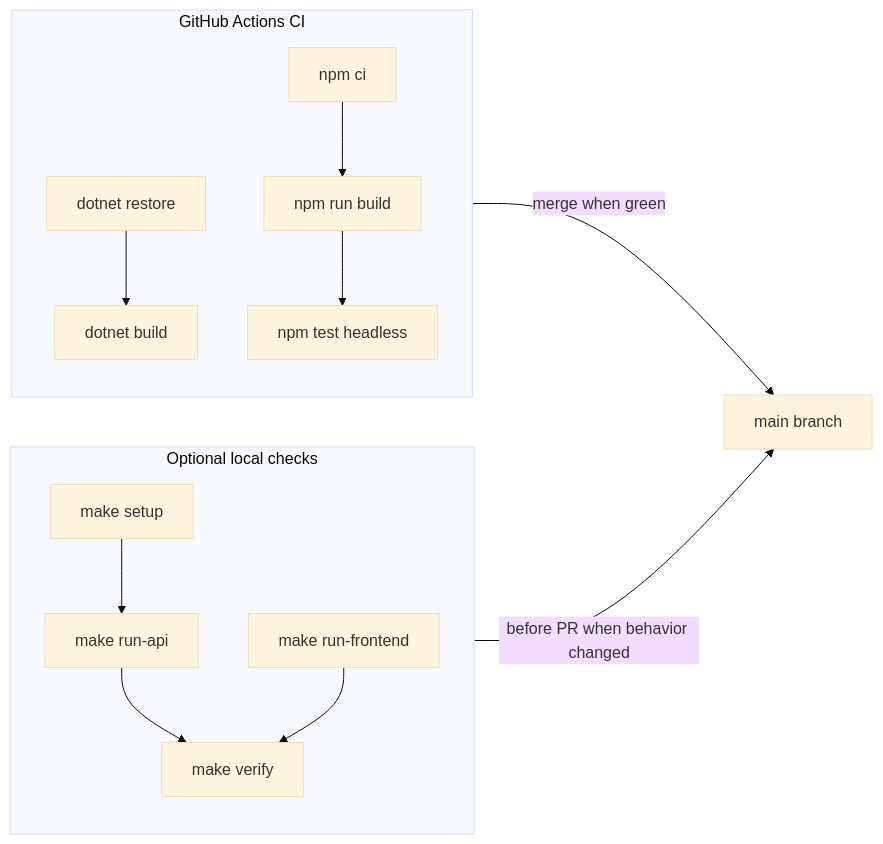
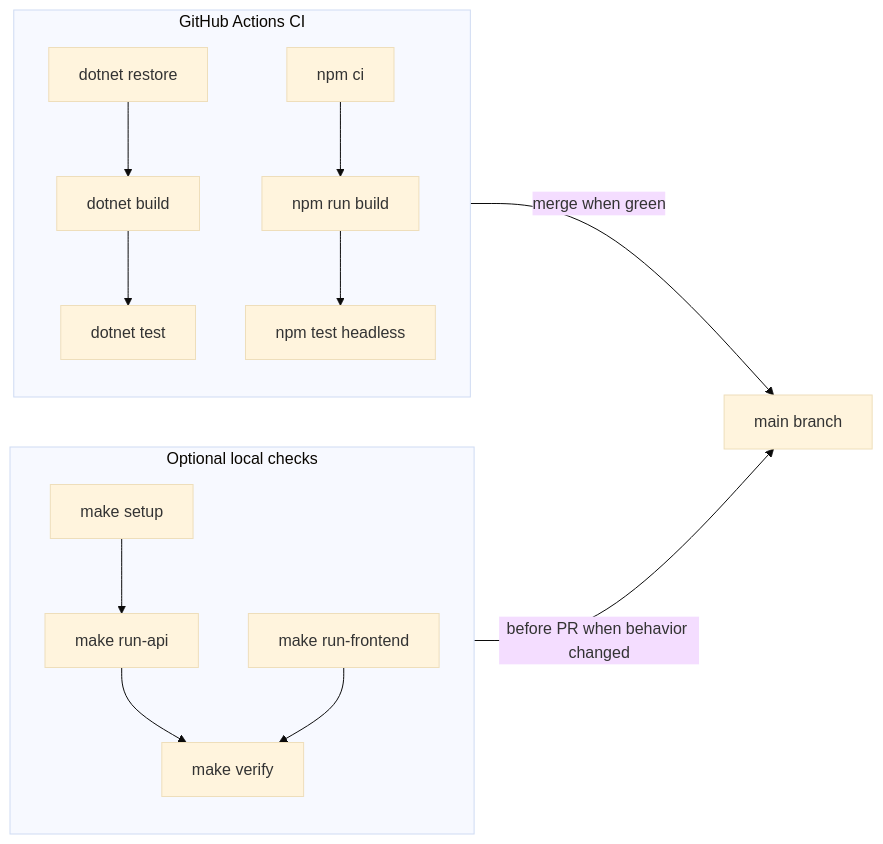
One commit to asalhallak/basic-user-management changed the diagram in docs/ci-and-builds.md. Above: the diagram before and after it, drawn with Mermaid (base theme). The commit also changed 2 other files, not shown here.

Commit message:
docs: align README Makefile table and glossary with make ci and isLoggedIn
- Document that make check-deps verifies curl alongside Docker, .NET, Node, and npm
- Clarify that make ci runs unit tests, not just builds
- Add AccountService.isLoggedIn to the README testing coverage list
- Update glossary AuthGuard and add isLoggedIn() definition
- Include dotnet test in the CI workflow diagram in ci-and-builds.md

````diff
--- a/docs/ci-and-builds.md
+++ b/docs/ci-and-builds.md
@@ -79,26 +79,28 @@
 ```mermaid
 flowchart LR
     subgraph ci [GitHub Actions CI]
         Restore[dotnet restore]
         BuildApi[dotnet build]
+        TestApi[dotnet test]
         NpmCi[npm ci]
         BuildFe[npm run build]
         TestFe[npm test headless]
         Restore --> BuildApi
+        BuildApi --> TestApi
         NpmCi --> BuildFe
         BuildFe --> TestFe
     end
 
     subgraph local [Optional local checks]
         Setup[make setup]
         RunApi[make run-api]
         RunFe[make run-frontend]
         Verify[make verify]
         Setup --> RunApi
         RunApi --> Verify
         RunFe --> Verify
     end
 
     ci -->|merge when green| main[main branch]
     local -->|before PR when behavior changed| main
 ```
````
